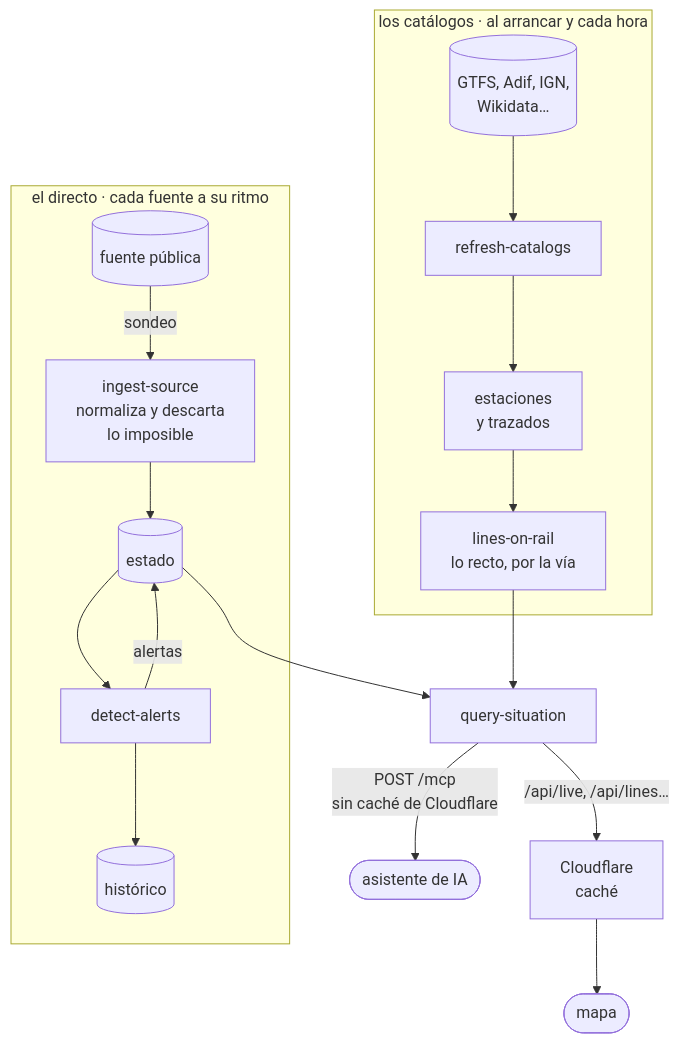
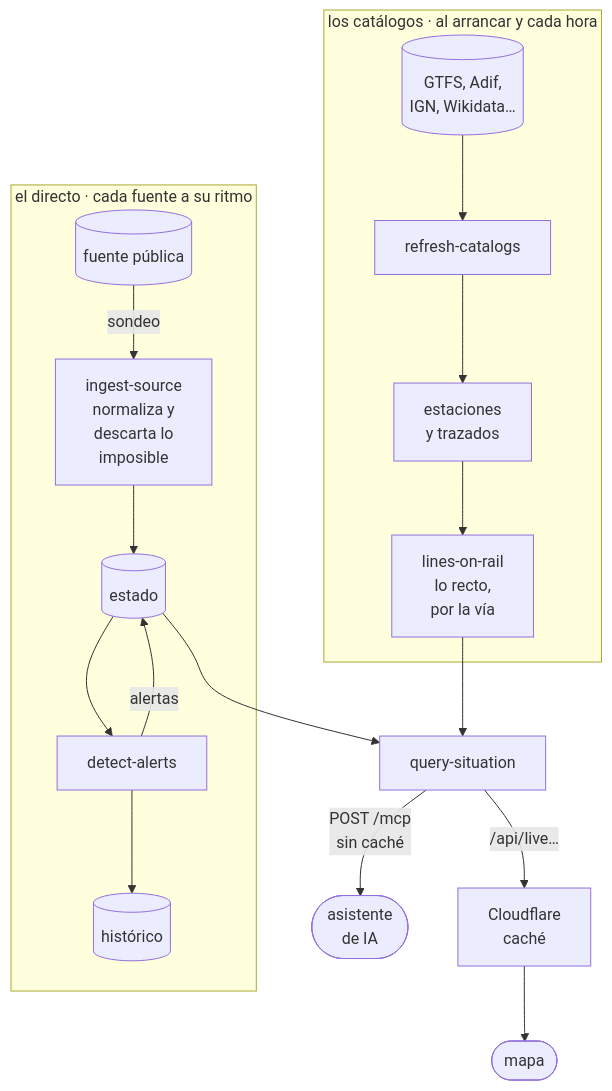
The third of 7 diagrams in README.md (FlorinTodor/radar-es), drawn with Mermaid before and after one commit. The commit also changed other lines of this file, not shown here.

Commit message:
README: diagramas con líneas de 14 caracteres como mucho (GitHub dibuja todas las cajas del mismo ancho y recortaba las líneas largas); qué comprueba cada paso del MCP, en una lista, y las dos generaciones del protocolo, en una tabla

````diff
--- a/README.md
+++ b/README.md
@@ -156,20 +156,20 @@
 ```mermaid
 flowchart TB
   subgraph DIR["el directo · cada fuente a su ritmo"]
-    F[("fuente pública")] -->|"sondeo"| I["ingest-source<br/>normaliza y descarta<br/>lo imposible"]
+    F[("fuente pública")] -->|"sondeo"| I["ingest-source<br/>normaliza y<br/>descarta lo<br/>imposible"]
     I --> R[("estado")]
     R --> A["detect-alerts"]
     A -->|"alertas"| R
     A --> H[("histórico")]
   end
   subgraph CAT["los catálogos · al arrancar y cada hora"]
-    G[("GTFS, Adif, IGN,<br/>Wikidata…")] --> RC["refresh-catalogs"]
+    G[("GTFS, Adif,<br/>IGN, Wikidata…")] --> RC["refresh-catalogs"]
     RC --> E["estaciones<br/>y trazados"]
-    E --> L["lines-on-rail<br/>lo recto, por la vía"]
+    E --> L["lines-on-rail<br/>lo recto,<br/>por la vía"]
   end
   R --> Q["query-situation"]
   L --> Q
-  Q -->|"/api/live, /api/lines…"| C["Cloudflare<br/>caché"]
+  Q -->|"/api/live…"| C["Cloudflare<br/>caché"]
   C --> N(["mapa"])
-  Q -->|"POST /mcp<br/>sin caché de Cloudflare"| IA(["asistente de IA"])
+  Q -->|"POST /mcp<br/>sin caché"| IA(["asistente<br/>de IA"])
 ```
````
